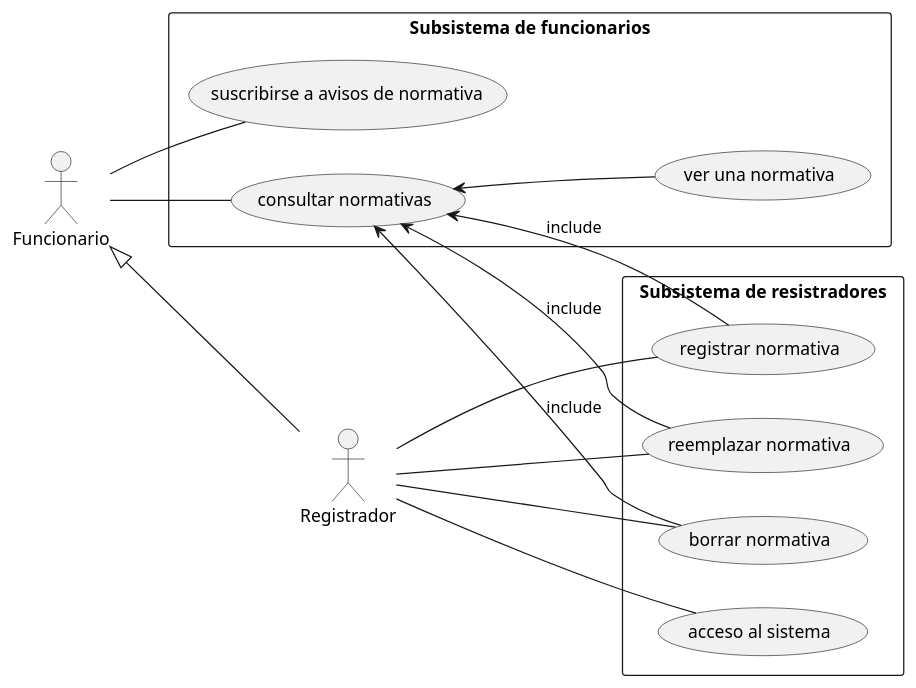
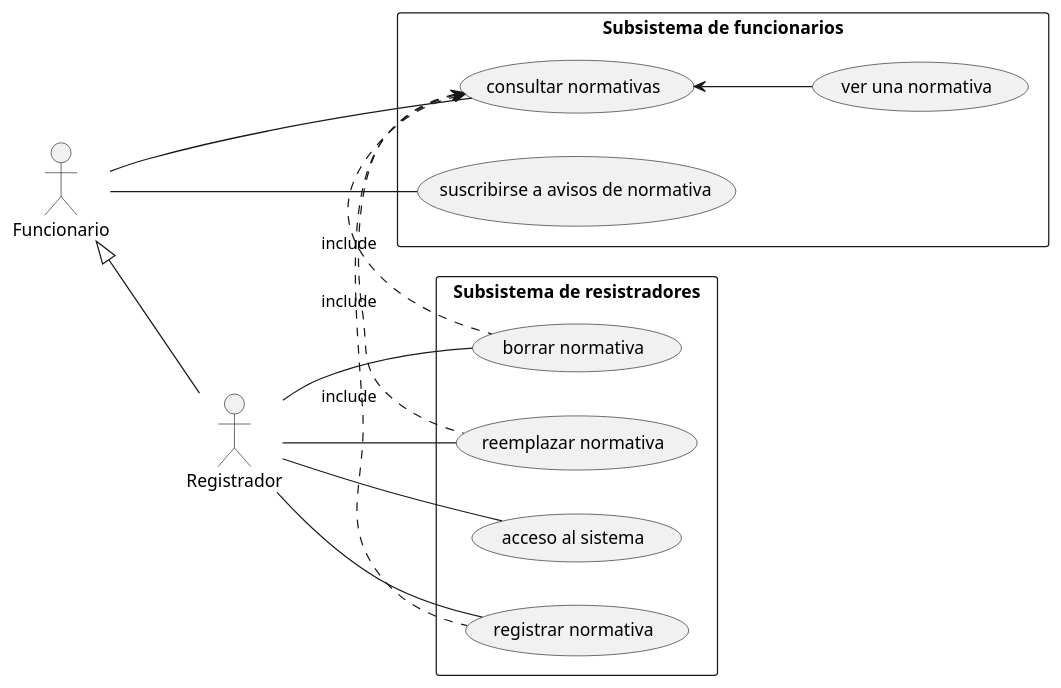
The diagram in usecase/normativas.puml (urbaneeex/UML), drawn with PlantUML before and after one commit.

Commit message:
Diagrama normativas includes

```diff
--- a/usecase/normativas.puml
+++ b/usecase/normativas.puml
@@ -1,26 +1,26 @@
 @startuml normativas
 left to right direction
 skinparam packageStyle rectangle
 actor Funcionario
 actor Registrador
 
 Funcionario <|-- Registrador
 
 rectangle "Subsistema de funcionarios" {
   Funcionario -- (suscribirse a avisos de normativa)
   Funcionario -- (consultar normativas)
   (consultar normativas) <-- (ver una normativa)
 }
 
 rectangle "Subsistema de resistradores" {
   Registrador -- (registrar normativa)
   Registrador -- (borrar normativa)
   Registrador -- (reemplazar normativa)
   Registrador -- (acceso al sistema)
 }
 
-(consultar normativas) <-- (registrar normativa) : include
-(consultar normativas) <-- (borrar normativa) : include
-(consultar normativas) <-- (reemplazar normativa) : include
+(consultar normativas) <. (registrar normativa) : include
+(consultar normativas) <. (borrar normativa) : include
+(consultar normativas) <. (reemplazar normativa) : include
 
 @enduml
```
